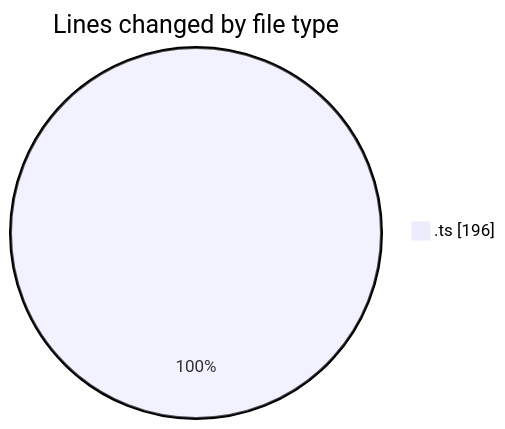
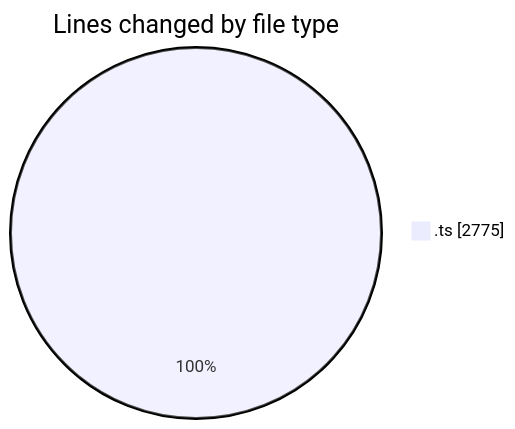
One commit to lephambinh05/code-tracking changed the first of 2 diagrams in 2025-09-14/hiai-phf/README.md. Above: the diagram before and after it, drawn with Mermaid. The commit also changed other lines of this file and 1 other file, not shown here.

````diff
--- a/2025-09-14/hiai-phf/README.md
+++ b/2025-09-14/hiai-phf/README.md
@@ -22,5 +29,5 @@
 ```mermaid
 pie showData
 title Lines changed by file type
-".ts" : 196
+".ts" : 2775
 ```
````
